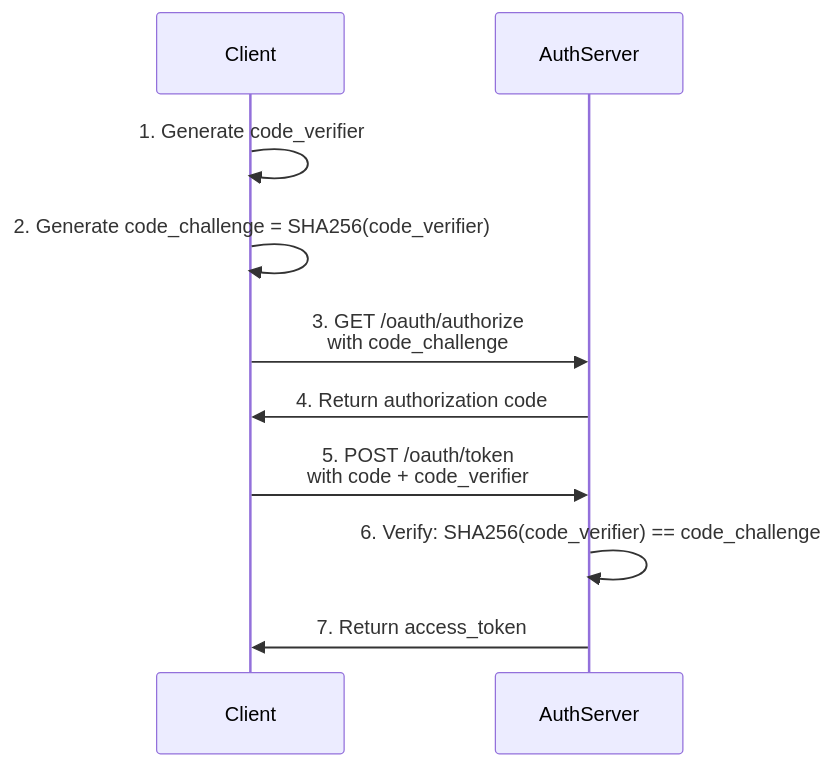
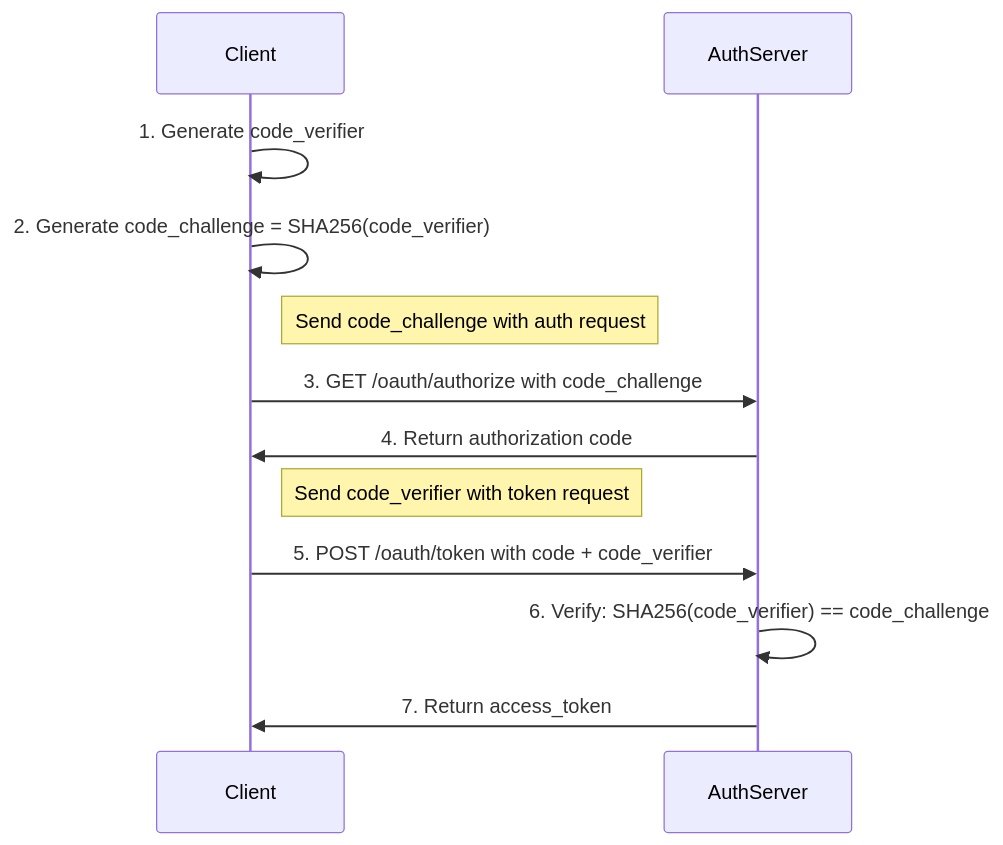
One commit to ianlintner/rust-oauth2-server changed the second of 2 diagrams in docs/flows/authorization-code.md. Above: the diagram before and after it, drawn with Mermaid. The commit also changed other lines of this file and 11 other files, not shown here.

First line of the commit message:
Fix mermaid diagram labels and improve markdown formatting (#28)

````diff
--- a/docs/flows/authorization-code.md
+++ b/docs/flows/authorization-code.md
@@ -371,15 +371,17 @@
 ```mermaid
 sequenceDiagram
     participant Client
     participant AuthServer
     
     Client->>Client: 1. Generate code_verifier
     Client->>Client: 2. Generate code_challenge = SHA256(code_verifier)
     
-    Client->>AuthServer: 3. GET /oauth/authorize<br/>with code_challenge
+    Note right of Client: Send code_challenge with auth request
+    Client->>AuthServer: 3. GET /oauth/authorize with code_challenge
     AuthServer->>Client: 4. Return authorization code
     
-    Client->>AuthServer: 5. POST /oauth/token<br/>with code + code_verifier
+    Note right of Client: Send code_verifier with token request
+    Client->>AuthServer: 5. POST /oauth/token with code + code_verifier
     AuthServer->>AuthServer: 6. Verify: SHA256(code_verifier) == code_challenge
     AuthServer->>Client: 7. Return access_token
 ```
````
